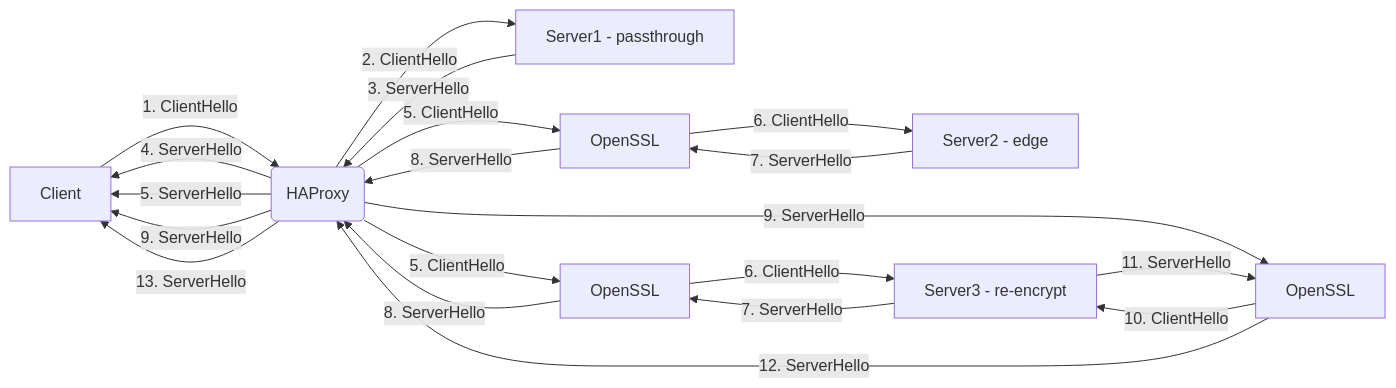
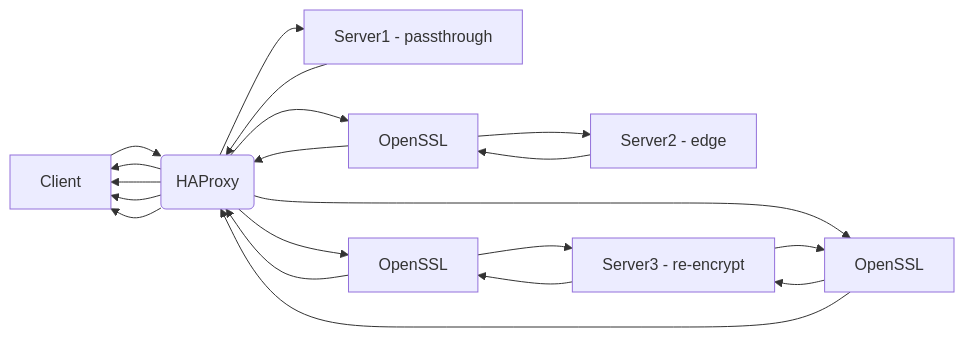
Before and after one commit to emmahone/haproxy-state-machine: the second of 7 diagrams in README.md, drawn with Mermaid.

Commit message:
Remove server/client hellos

````diff
--- a/README.md
+++ b/README.md
@@ -48,28 +48,28 @@
 ```mermaid
 graph LR
-  A[Client] -->|1. ClientHello| B(HAProxy);
-  B -->|2. ClientHello| C[Server1 - passthrough];
-  C -->|3. ServerHello| B;
-  B -->|4. ServerHello| A;
+  A[Client] --> B(HAProxy);
+  B --> C[Server1 - passthrough];
+  C --> B;
+  B --> A;
   
   %% Passthrough
-  B -->|5. ServerHello| A;
+  B --> A;
   
   %% Edge
-  B -->|5. ClientHello| E[OpenSSL];
-  E -->|6. ClientHello| F[Server2 - edge];
-  F -->|7. ServerHello| E;
-  E -->|8. ServerHello| B;
-  B -->|9. ServerHello| A;
+  B --> E[OpenSSL];
+  E --> F[Server2 - edge];
+  F --> E;
+  E --> B;
+  B --> A;
   
   %% Re-encrypt
-  B -->|5. ClientHello| G[OpenSSL];
-  G -->|6. ClientHello| H[Server3 - re-encrypt];
-  H -->|7. ServerHello| G;
-  G -->|8. ServerHello| B;
-  B -->|9. ServerHello| I[OpenSSL];
-  I -->|10. ClientHello| H;
-  H -->|11. ServerHello| I;
-  I -->|12. ServerHello| B;
-  B -->|13. ServerHello| A;
+  B --> G[OpenSSL];
+  G --> H[Server3 - re-encrypt];
+  H --> G;
+  G --> B;
+  B --> I[OpenSSL];
+  I --> H;
+  H --> I;
+  I --> B;
+  B --> A;
 ```
````
